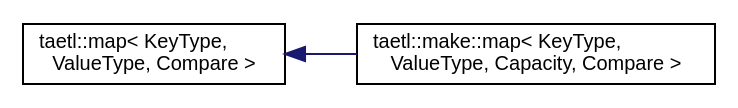
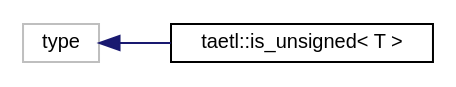
Before and after one commit to tobanteAudio/taetl: the diagram in inherit_graph_18.dot, drawn with Graphviz. The commit also changed 145 other files, not shown here.

```diff
--- a/inherit_graph_18.dot
+++ b/inherit_graph_18.dot
@@ -1,9 +1,9 @@
 digraph "Graphical Class Hierarchy"
 {
   edge [fontname="Helvetica",fontsize="10",labelfontname="Helvetica",labelfontsize="10"];
   node [fontname="Helvetica",fontsize="10",shape=record];
   rankdir="LR";
-  Node0 [label="taetl::map\< KeyType,\l ValueType, Compare \>",height=0.2,width=0.4,color="black", fillcolor="white", style="filled",URL="$classtaetl_1_1map.html"];
-  Node0 -> Node1 [dir="back",color="midnightblue",fontsize="10",style="solid",fontname="Helvetica"];
-  Node1 [label="taetl::make::map\< KeyType,\l ValueType, Capacity, Compare \>",height=0.2,width=0.4,color="black", fillcolor="white", style="filled",URL="$classtaetl_1_1make_1_1map.html"];
+  Node2 [label="type",height=0.2,width=0.4,color="grey75", fillcolor="white", style="filled"];
+  Node2 -> Node0 [dir="back",color="midnightblue",fontsize="10",style="solid",fontname="Helvetica"];
+  Node0 [label="taetl::is_unsigned\< T \>",height=0.2,width=0.4,color="black", fillcolor="white", style="filled",URL="$structtaetl_1_1is__unsigned.html",tooltip="If T is an arithmetic type, provides the member constant value equal to true if T(0) < T(-1): this re..."];
 }
```
